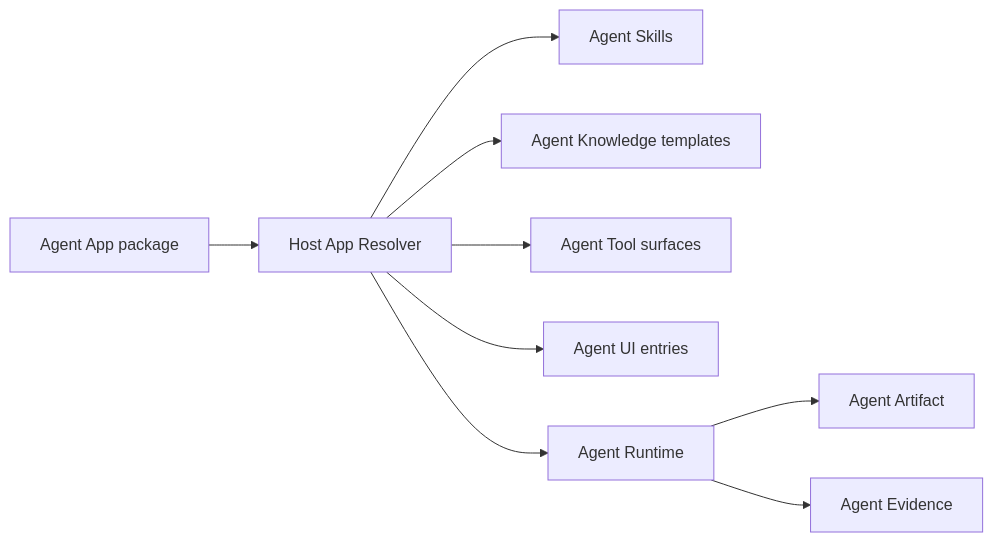
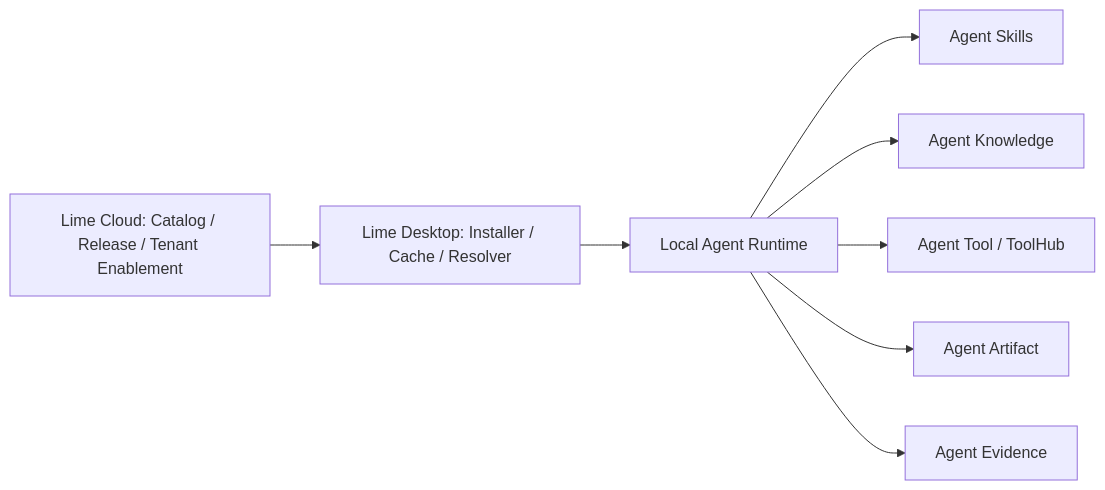
Before and after one commit to limecloud/agentapp: the diagram in docs/en/what-is-agent-app.md, drawn with Mermaid. The commit also changed other lines of this file and 44 other files, not shown here.

Commit message:
docs: align agent app docs with agentknowledge

````diff
--- a/docs/en/what-is-agent-app.md
+++ b/docs/en/what-is-agent-app.md
@@ -21,11 +28,10 @@
 ```mermaid
 flowchart LR
-  App[Agent App package] --> Resolver[Host App Resolver]
-  Resolver --> Skills[Agent Skills]
-  Resolver --> Knowledge[Agent Knowledge templates]
-  Resolver --> Tools[Agent Tool surfaces]
-  Resolver --> UI[Agent UI entries]
-  Resolver --> Runtime[Agent Runtime]
+  Cloud[Lime Cloud: Catalog / Release / Tenant Enablement] --> Desktop[Lime Desktop: Installer / Cache / Resolver]
+  Desktop --> Runtime[Local Agent Runtime]
+  Runtime --> Skills[Agent Skills]
+  Runtime --> Knowledge[Agent Knowledge]
+  Runtime --> Tools[Agent Tool / ToolHub]
   Runtime --> Artifact[Agent Artifact]
   Runtime --> Evidence[Agent Evidence]
 ```
````
